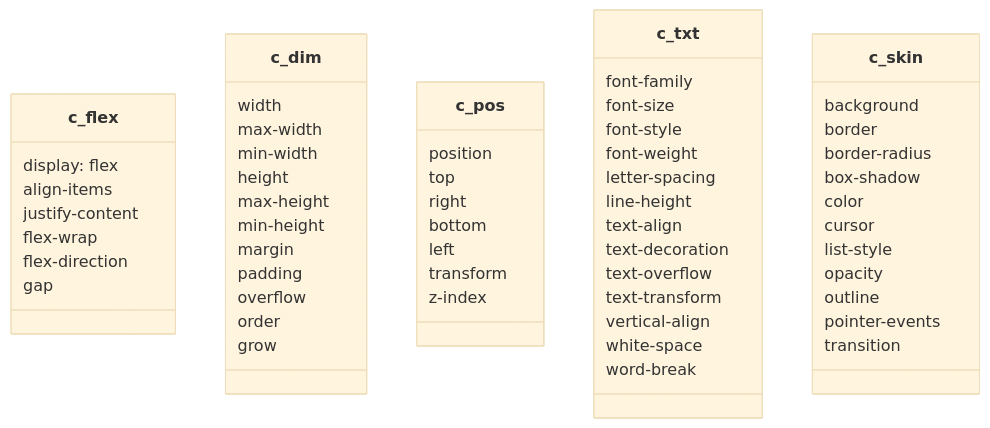
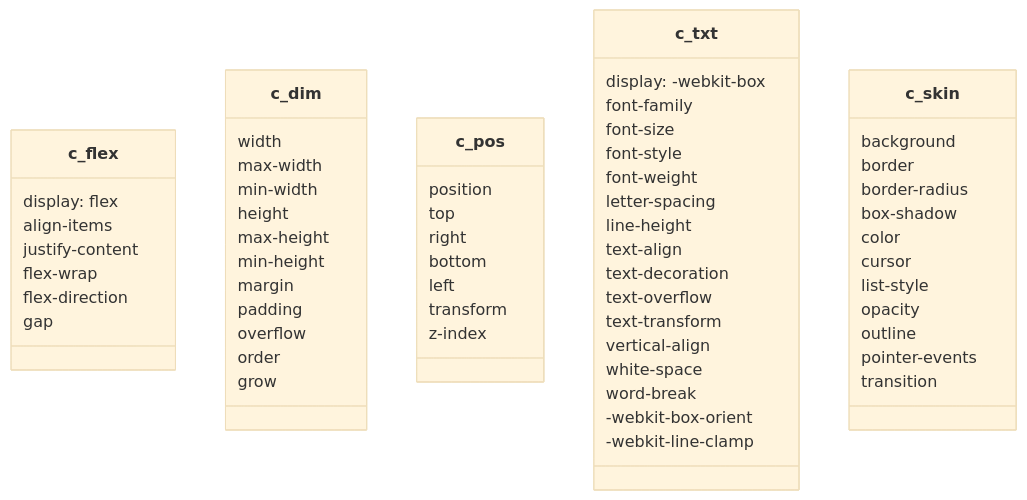
Before and after one commit to ita-design-system/.github: the first of 2 diagrams in README.md, drawn with Mermaid (base theme).

````diff
--- a/README.md
+++ b/README.md
@@ -26,61 +26,64 @@
 ```mermaid
 classDiagram
     class c_flex {
         display: flex
         align-items
         justify-content
         flex-wrap
         flex-direction
         gap
     }
     class c_dim {
         width
         max-width
         min-width
         height
         max-height
         min-height
         margin
         padding
         overflow
         order
         grow
     }
     class c_pos {
         position
         top
         right
         bottom
         left
         transform
         z-index
     }
     class c_txt {
+        display: -webkit-box
         font-family
         font-size
         font-style
         font-weight
         letter-spacing
         line-height
         text-align
         text-decoration
         text-overflow
         text-transform
         vertical-align
         white-space
         word-break
+        -webkit-box-orient
+        -webkit-line-clamp
     }
     class c_skin {
         background
         border
         border-radius
         box-shadow
         color
         cursor
         list-style
         opacity
         outline
         pointer-events
         transition
     }
  ```
````
